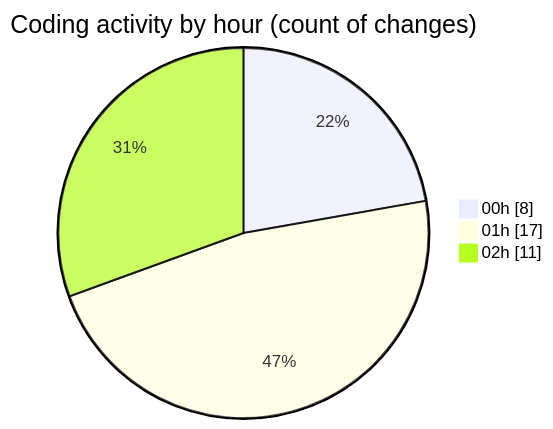
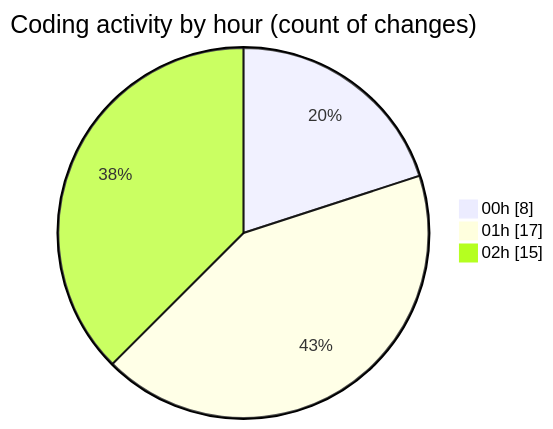
One commit to Elitesun/code-tracking changed the second of 2 diagrams in 2025-05-02/niten/README.md. Above: the diagram before and after it, drawn with Mermaid. The commit also changed other lines of this file and 1 other file, not shown here.

````diff
--- a/2025-05-02/niten/README.md
+++ b/2025-05-02/niten/README.md
@@ -41,7 +43,7 @@
 ```mermaid
 pie showData
 title Coding activity by hour (count of changes)
 "00h" : 8
 "01h" : 17
-"02h" : 11
+"02h" : 15
 ```
````
